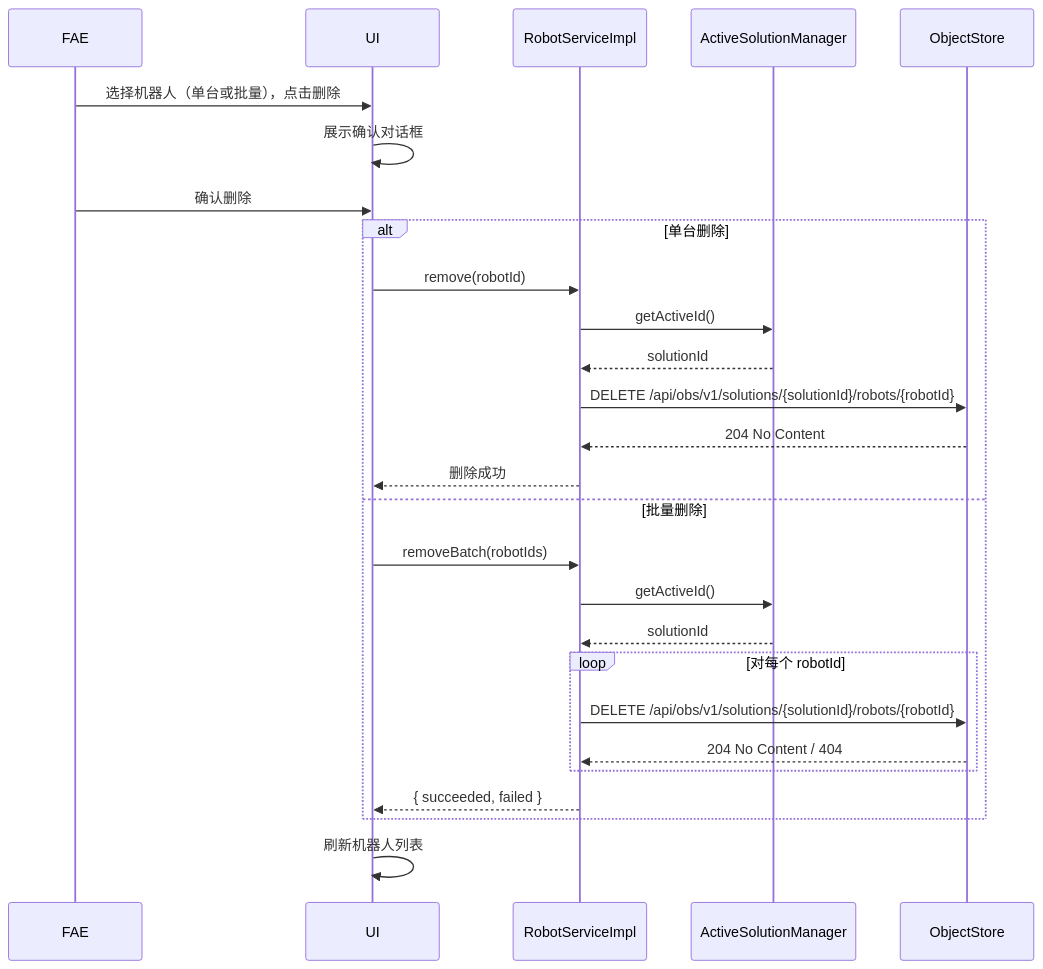
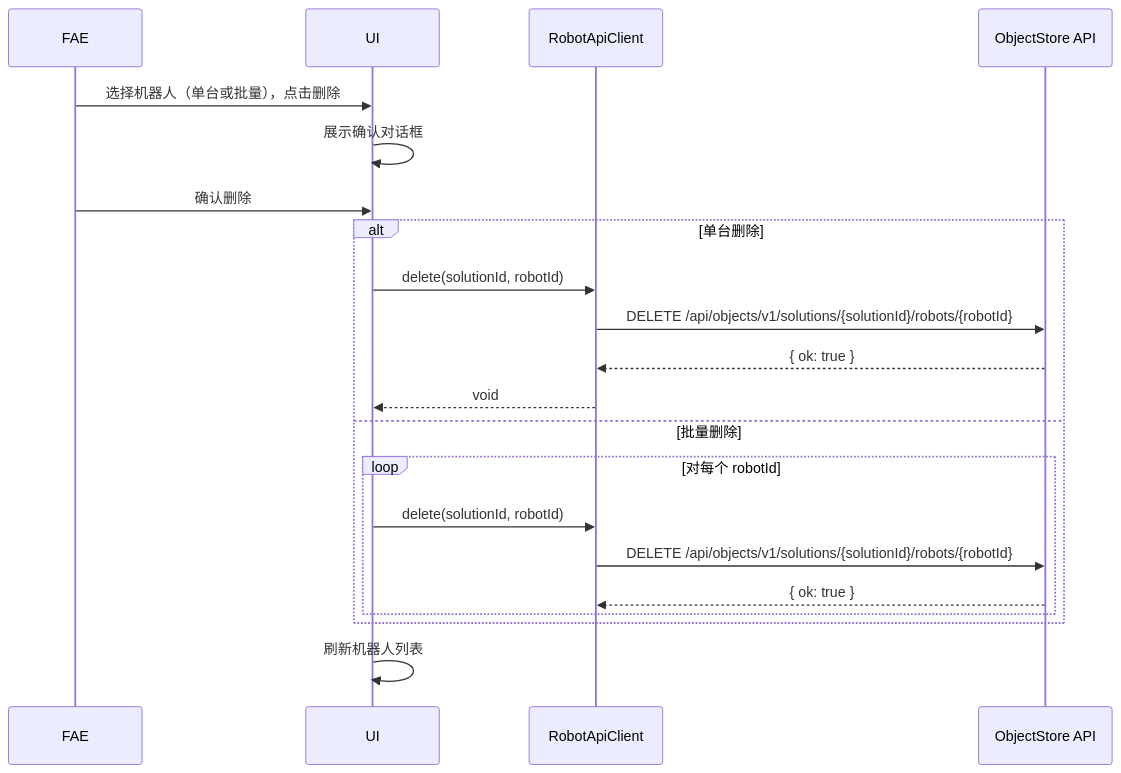
The tenth of 11 diagrams in documents/design/solution_management_design.md (etrita005/syrius-robotops), drawn with Mermaid before and after one commit. The commit also changed other lines of this file and 42 other files, not shown here.

First line of the commit message:
refactor: simplify backend to generic object store API, move business logic to frontend

````diff
--- a/documents/design/solution_management_design.md
+++ b/documents/design/solution_management_design.md
@@ -663,30 +622,24 @@
 ```mermaid
 sequenceDiagram
     participant FAE
     participant UI
-    participant RSI as RobotServiceImpl
-    participant ASM as ActiveSolutionManager
-    participant OS as ObjectStore
+    participant RA as RobotApiClient
+    participant OS as ObjectStore API
 
     FAE->>UI: 选择机器人（单台或批量），点击删除
     UI->>UI: 展示确认对话框
     FAE->>UI: 确认删除
     alt 单台删除
-        UI->>RSI: remove(robotId)
-        RSI->>ASM: getActiveId()
-        ASM-->>RSI: solutionId
-        RSI->>OS: DELETE /api/obs/v1/solutions/{solutionId}/robots/{robotId}
-        OS-->>RSI: 204 No Content
-        RSI-->>UI: 删除成功
+        UI->>RA: delete(solutionId, robotId)
+        RA->>OS: DELETE /api/objects/v1/solutions/{solutionId}/robots/{robotId}
+        OS-->>RA: { ok: true }
+        RA-->>UI: void
     else 批量删除
-        UI->>RSI: removeBatch(robotIds)
-        RSI->>ASM: getActiveId()
-        ASM-->>RSI: solutionId
         loop 对每个 robotId
-            RSI->>OS: DELETE /api/obs/v1/solutions/{solutionId}/robots/{robotId}
-            OS-->>RSI: 204 No Content / 404
+            UI->>RA: delete(solutionId, robotId)
+            RA->>OS: DELETE /api/objects/v1/solutions/{solutionId}/robots/{robotId}
+            OS-->>RA: { ok: true }
         end
-        RSI-->>UI: { succeeded, failed }
     end
     UI->>UI: 刷新机器人列表
 ```
````
